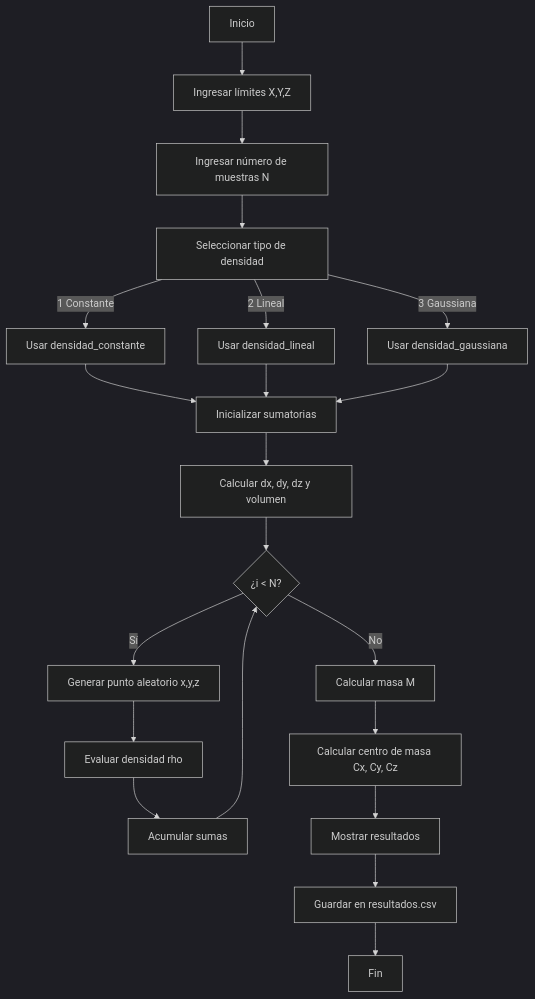
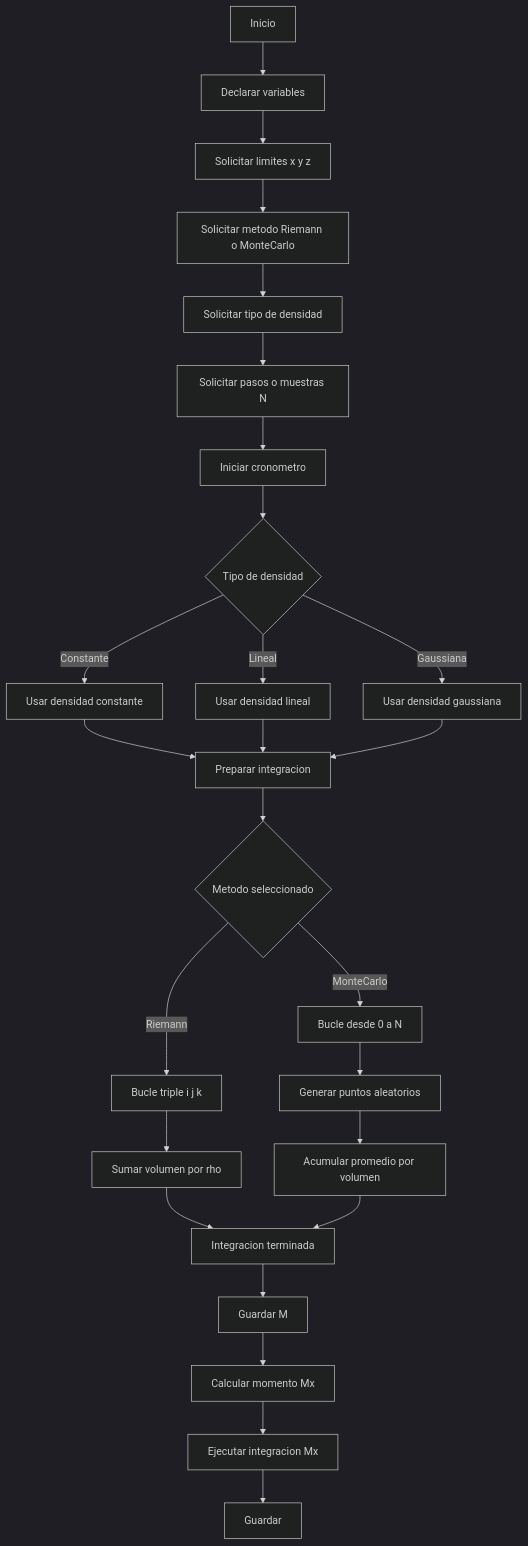
One commit to Luisa-casstro/Tarea_Linux_Vectorial changed the diagram in README.md. Above: the diagram before and after it, drawn with Mermaid (dark theme). The commit also changed other lines of this file, not shown here.

````diff
--- a/README.md
+++ b/README.md
@@ -55,29 +56,43 @@
 ```mermaid
 flowchart TD
 
-    A[Inicio] --> B[Ingresar límites X,Y,Z]
-    B --> C[Ingresar número de muestras N]
-    C --> D[Seleccionar tipo de densidad]
+    A[Inicio] --> B[Declarar variables]
+    B --> C[Solicitar limites x y z]
+    C --> D[Solicitar metodo Riemann o MonteCarlo]
+    D --> E[Solicitar tipo de densidad]
+    E --> F[Solicitar pasos o muestras N]
+    F --> G[Iniciar cronometro]
 
-    D -->|1 Constante| E1[Usar densidad_constante]
-    D -->|2 Lineal| E2[Usar densidad_lineal]
-    D -->|3 Gaussiana| E3[Usar densidad_gaussiana]
+    %% Seleccion de densidad
+    G --> H{Tipo de densidad}
+    H -->|Constante| H1[Usar densidad constante]
+    H -->|Lineal| H2[Usar densidad lineal]
+    H -->|Gaussiana| H3[Usar densidad gaussiana]
 
-    E1 --> F[Inicializar sumatorias]
-    E2 --> F
-    E3 --> F
+    H1 --> I[Preparar integracion]
+    H2 --> I
+    H3 --> I
 
-    F --> G[Calcular dx, dy, dz y volumen]
-    G --> H{¿i < N?}
+    %% Metodo
+    I --> J{Metodo seleccionado}
 
-    H -->|Sí| I[Generar punto aleatorio x,y,z]
-    I --> J[Evaluar densidad rho]
-    J --> K[Acumular sumas]
-    K --> H
+    %% Riemann
+    J -->|Riemann| K[Bucle triple i j k]
+    K --> L[Sumar volumen por rho]
 
-    H -->|No| L[Calcular masa M]
-    L --> M[Calcular centro de masa Cx, Cy, Cz]
-    M --> N[Mostrar resultados]
-    N --> O[Guardar en resultados.csv]
-    O --> P[Fin]
+    %% Monte Carlo
+    J -->|MonteCarlo| M[Bucle desde 0 a N]
+    M --> N[Generar puntos aleatorios]
+    N --> O[Acumular promedio por volumen]
+
+    %% Masa
+    L --> P[Integracion terminada]
+    O --> P
+
+    P --> Q[Guardar M]
+
+    %% Momento X
+    Q --> R[Calcular momento Mx]
+    R --> S[Ejecutar integracion Mx]
+    S --> T[Guardar]
 ```
````
